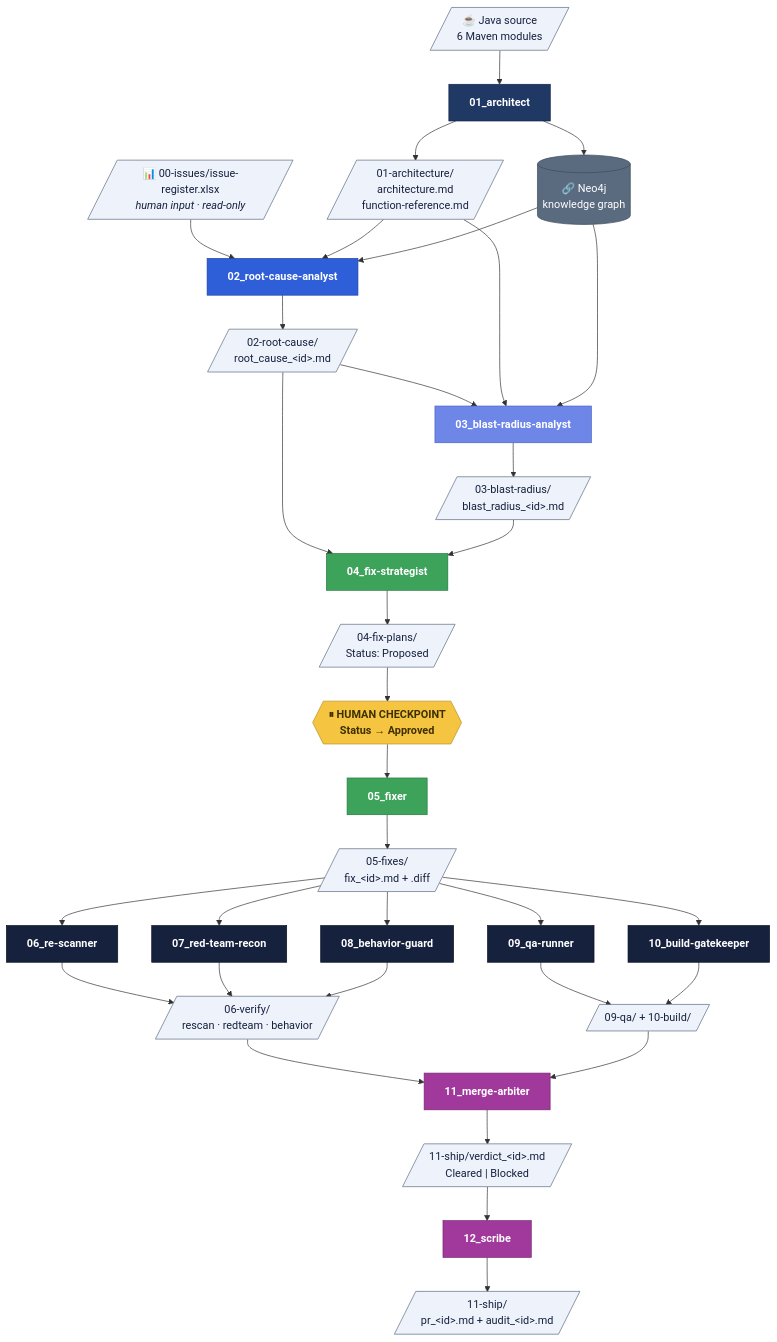
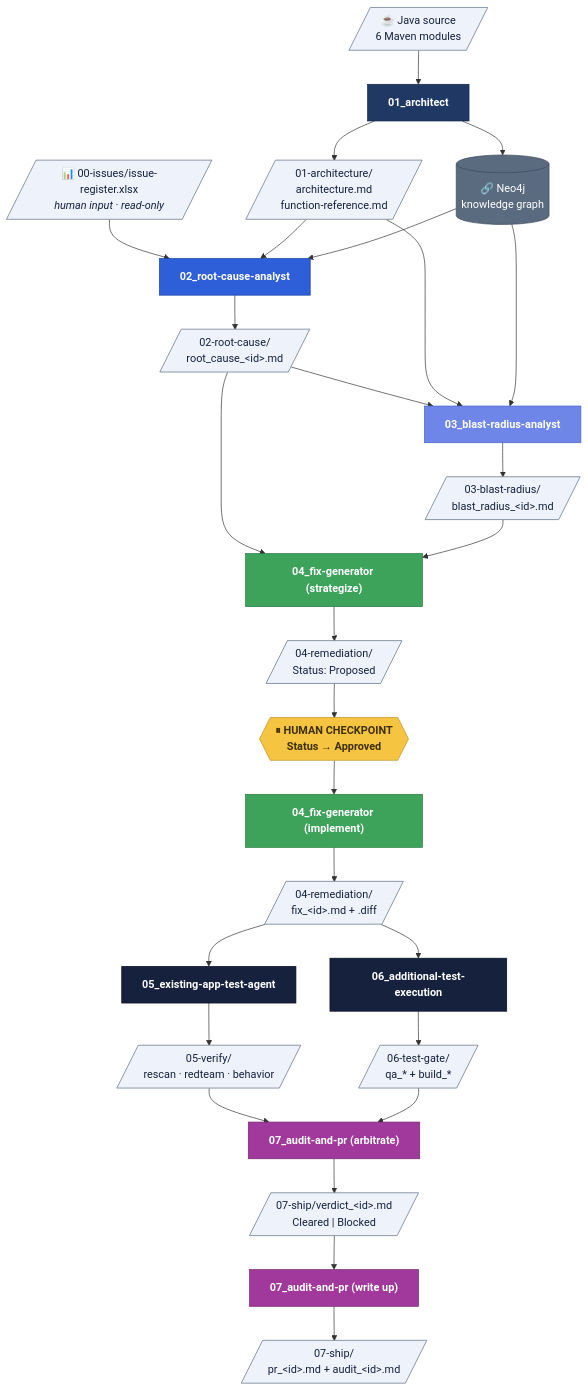
The third of 5 diagrams in .github/README.md (Udaradg/sample-java-project), drawn with Mermaid before and after one commit. The commit also changed other lines of this file and 192 other files, not shown here.

````diff
--- a/.github/README.md
+++ b/.github/README.md
@@ -205,26 +213,23 @@
   BR["03_blast-radius-analyst"]
   BRD[/"03-blast-radius/<br/>blast_radius_&lt;id&gt;.md"/]
 
-  FS["04_fix-strategist"]
-  FP[/"04-fix-plans/<br/>Status: Proposed"/]
+  FS["04_fix-generator (strategize)"]
+  FP[/"04-remediation/<br/>Status: Proposed"/]
   GATE{{"⏸ HUMAN CHECKPOINT<br/>Status → Approved"}}
 
-  FX["05_fixer"]
-  FIX[/"05-fixes/<br/>fix_&lt;id&gt;.md + .diff"/]
+  FX["04_fix-generator (implement)"]
+  FIX[/"04-remediation/<br/>fix_&lt;id&gt;.md + .diff"/]
 
-  V1["06_re-scanner"]
-  V2["07_red-team-recon"]
-  V3["08_behavior-guard"]
-  VER[/"06-verify/<br/>rescan · redteam · behavior"/]
+  V1["05_existing-app-test-agent"]
+  VER[/"05-verify/<br/>rescan · redteam · behavior"/]
 
-  QA["09_qa-runner"]
-  BG["10_build-gatekeeper"]
-  QAD[/"09-qa/ + 10-build/"/]
+  QA["06_additional-test-execution"]
+  QAD[/"06-test-gate/<br/>qa_* + build_*"/]
 
-  MA["11_merge-arbiter"]
-  VD[/"11-ship/verdict_&lt;id&gt;.md<br/>Cleared | Blocked"/]
-  SC["12_scribe"]
-  OUT[/"11-ship/<br/>pr_&lt;id&gt;.md + audit_&lt;id&gt;.md"/]
+  MA["07_audit-and-pr (arbitrate)"]
+  VD[/"07-ship/verdict_&lt;id&gt;.md<br/>Cleared | Blocked"/]
+  SC["07_audit-and-pr (write up)"]
+  OUT[/"07-ship/<br/>pr_&lt;id&gt;.md + audit_&lt;id&gt;.md"/]
 
   SRC --> ARCH
   ARCH --> DOCS
@@ -243,10 +248,10 @@
   FP --> GATE
   GATE --> FX
   FX --> FIX
-  FIX --> V1 & V2 & V3
-  V1 & V2 & V3 --> VER
-  FIX --> QA & BG
-  QA & BG --> QAD
+  FIX --> V1
+  V1 --> VER
+  FIX --> QA
+  QA --> QAD
   VER --> MA
   QAD --> MA
   MA --> VD
@@ -270,6 +275,6 @@
   class BR pa3
   class FS,FX pb
   class GATE human
-  class V1,V2,V3,QA,BG pc
+  class V1,QA pc
   class MA,SC ship
 ```
````
